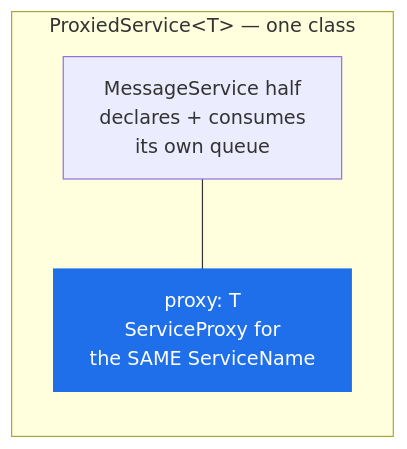
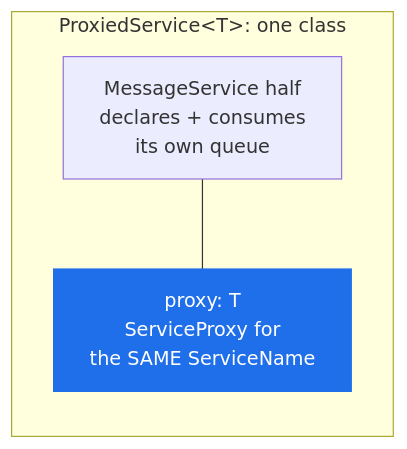
Before and after one commit to ArielLaub/protobus: the diagram in docs/reference/api/service-proxy.md, drawn with Mermaid. The commit also changed other lines of this file and 52 other files, not shown here.

````diff
--- a/docs/reference/api/service-proxy.md
+++ b/docs/reference/api/service-proxy.md
@@ -314,10 +314,10 @@
 ```mermaid
 flowchart LR
-    subgraph PS["ProxiedService&lt;T&gt; — one class"]
+    subgraph PS["ProxiedService&lt;T&gt;: one class"]
         A["MessageService half<br/>declares + consumes<br/>its own queue"]
         B["proxy: T<br/>ServiceProxy for<br/>the SAME ServiceName"]
     end
     A --- B
 
     style B fill:#1f6feb,color:#fff,stroke:#1f6feb
 ```
````
